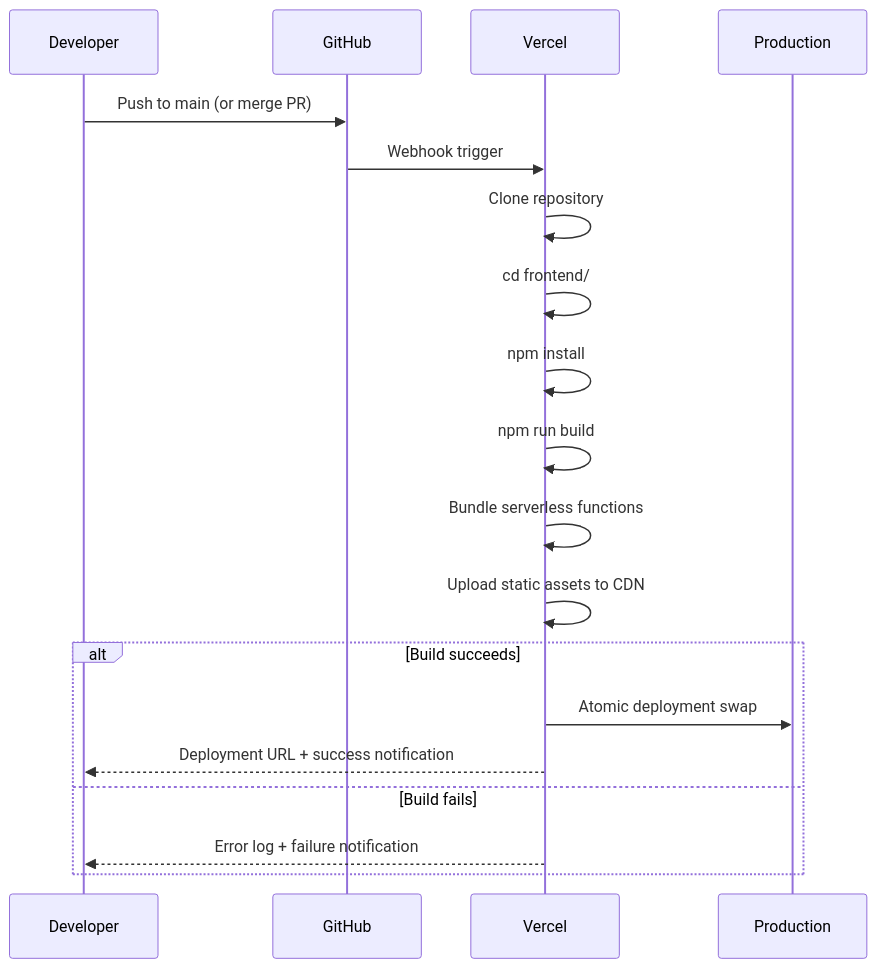
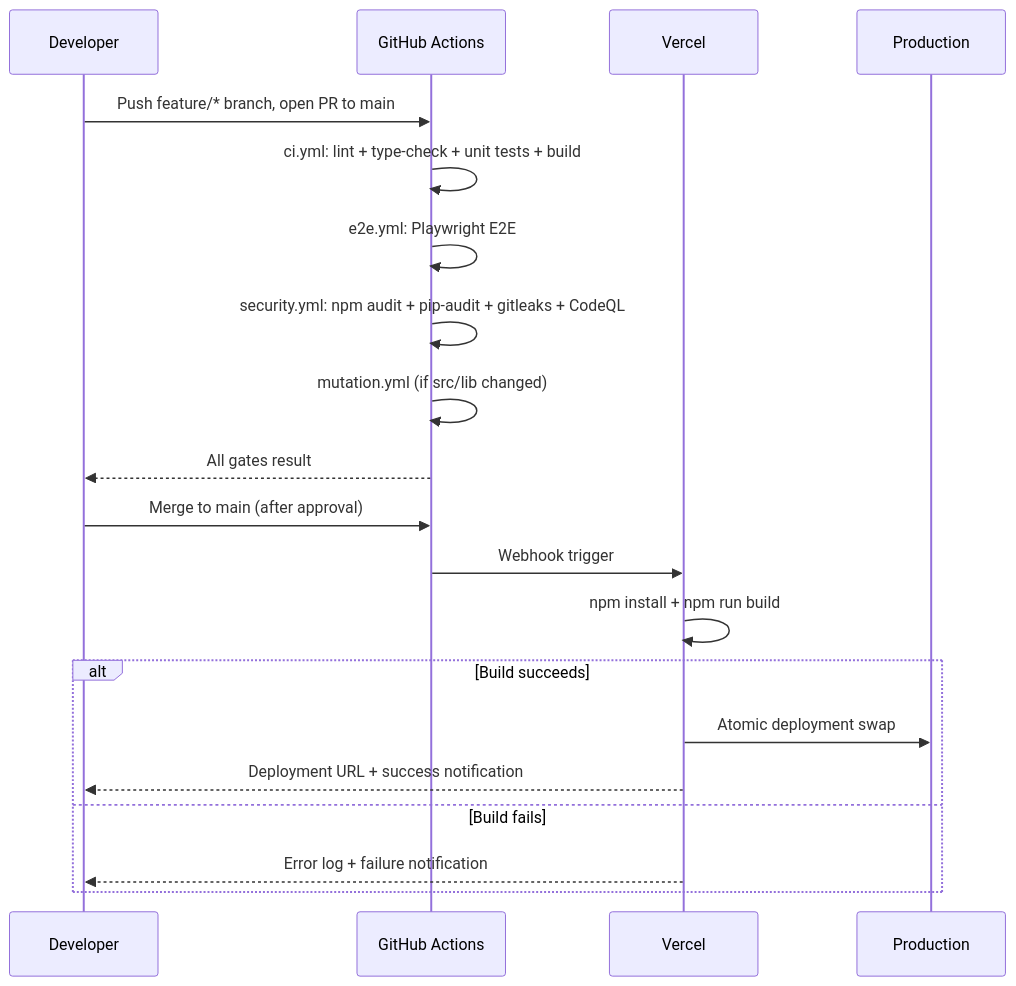
One commit to Oweeboi011/Fit-Ready-IQ changed the second of 8 diagrams in docs/wiki/DEPLOYMENT.md. Above: the diagram before and after it, drawn with Mermaid. The commit also changed other lines of this file and 55 other files, not shown here.

````diff
--- a/docs/wiki/DEPLOYMENT.md
+++ b/docs/wiki/DEPLOYMENT.md
@@ -59,23 +61,23 @@
 ```mermaid
 sequenceDiagram
     participant Dev as Developer
-    participant GH as GitHub
+    participant GH as GitHub Actions
     participant V as Vercel
     participant Prod as Production
 
-    Dev->>GH: Push to main (or merge PR)
+    Dev->>GH: Push feature/* branch, open PR to main
+    GH->>GH: ci.yml: lint + type-check + unit tests + build
+    GH->>GH: e2e.yml: Playwright E2E
+    GH->>GH: security.yml: npm audit + pip-audit + gitleaks + CodeQL
+    GH->>GH: mutation.yml (if src/lib changed)
+    GH-->>Dev: All gates result
+    Dev->>GH: Merge to main (after approval)
     GH->>V: Webhook trigger
-    V->>V: Clone repository
-    V->>V: cd frontend/
-    V->>V: npm install
-    V->>V: npm run build
-    V->>V: Bundle serverless functions
-    V->>V: Upload static assets to CDN
-
+    V->>V: npm install + npm run build
     alt Build succeeds
         V->>Prod: Atomic deployment swap
         V-->>Dev: Deployment URL + success notification
     else Build fails
         V-->>Dev: Error log + failure notification
     end
 ```
````
